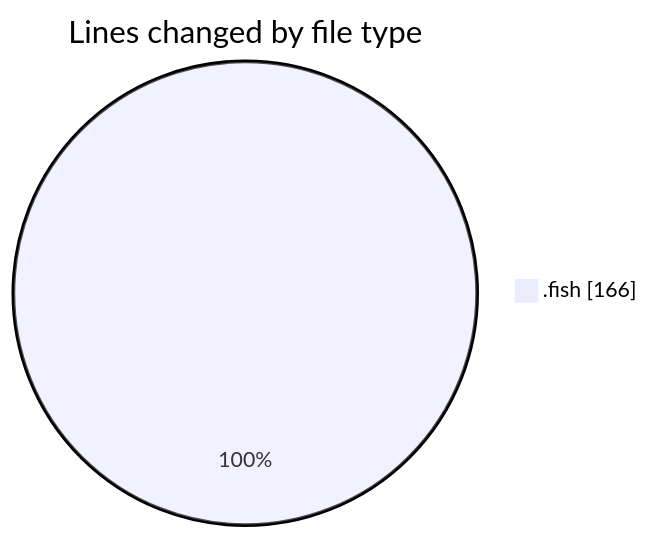
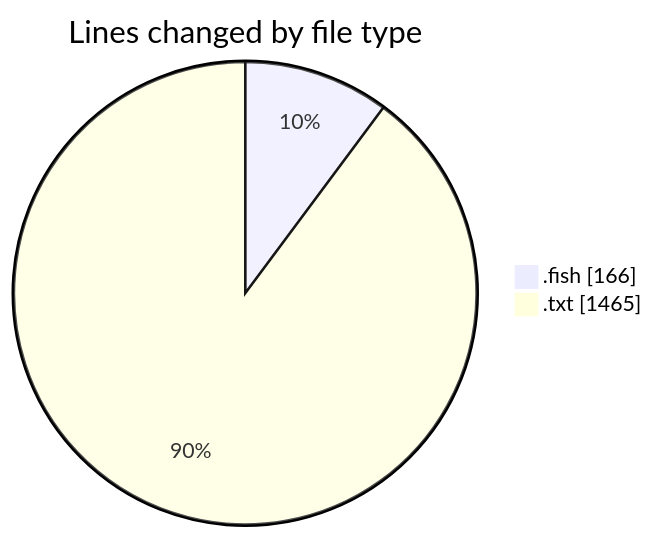
The first of 2 diagrams in 2025-07-21/fish/README.md (EIIisD/code-tracking), drawn with Mermaid before and after one commit. The commit also changed other lines of this file and 1 other file, not shown here.

````diff
--- a/2025-07-21/fish/README.md
+++ b/2025-07-21/fish/README.md
@@ -20,5 +21,6 @@
 ```mermaid
 pie showData
 title Lines changed by file type
 ".fish" : 166
+".txt" : 1465
 ```
````
